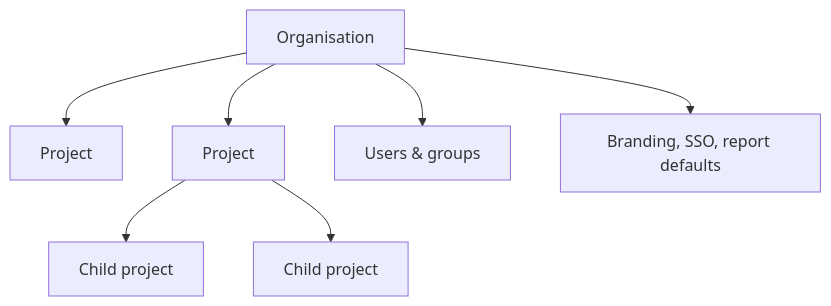
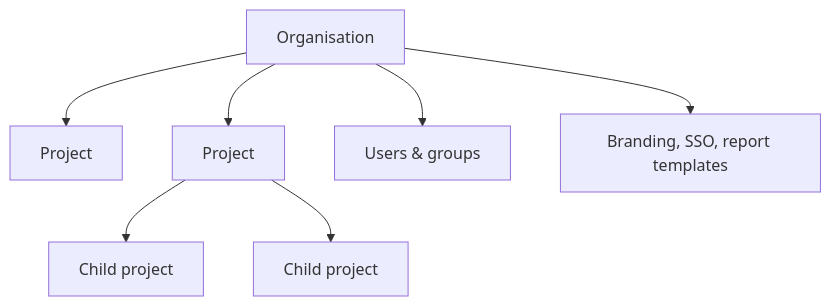
Before and after one commit to ballardr/reqtrackmanager: the diagram in docs/website/docs/concepts/organisations-and-projects.md, drawn with Mermaid. The commit also changed 78 other files, not shown here.

````diff
--- a/docs/website/docs/concepts/organisations-and-projects.md
+++ b/docs/website/docs/concepts/organisations-and-projects.md
@@ -11,9 +11,9 @@
 ```mermaid
 flowchart TB
     Org[Organisation] --> P1[Project]
     Org --> P2[Project]
     P2 --> P2a[Child project]
     P2 --> P2b[Child project]
     Org --> Users["Users & groups"]
-    Org --> Settings["Branding, SSO, report defaults"]
+    Org --> Settings["Branding, SSO, report templates"]
 ```
````
